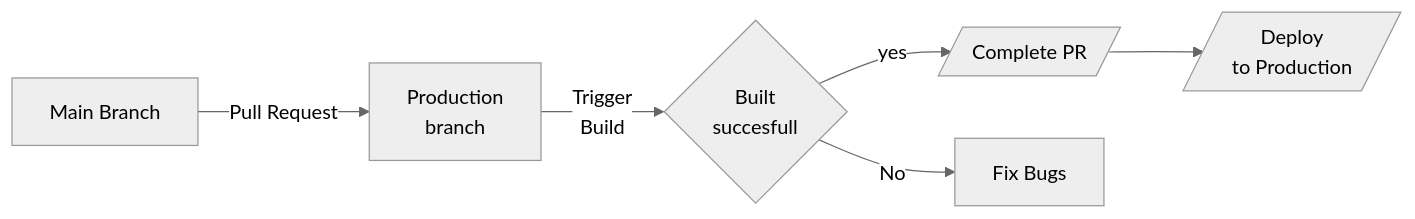
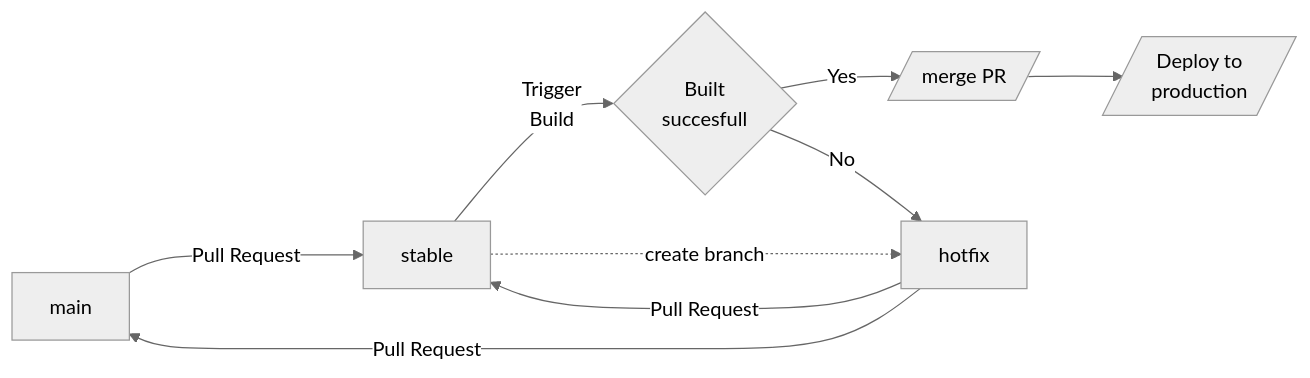
One commit to Mauwii/django_devops changed the third of 4 diagrams in docs/workflow/1-repository.md. Above: the diagram before and after it, drawn with Mermaid (neutral theme). The commit also changed other lines of this file and 14 other files, not shown here.

````diff
--- a/docs/workflow/1-repository.md
+++ b/docs/workflow/1-repository.md
@@ -62,8 +56,10 @@
-```mermaid
+``` mermaid
 graph LR
-    MainBranch[Main Branch] -- Pull Request --> ProductionBranch;
-    ProductionBranch[Production<br>branch] -- Trigger<br>Build --> CheckPrProduction{Built<br>succesfull};
-    CheckPrProduction -- yes --> CompleteMergeProduction[/Complete PR/];
-    CompleteMergeProduction --> DeployProduction[/Deploy<br>to Production/];
-    CheckPrProduction -- No --> TryFixBugsProduction[Fix Bugs];
+  main -- Pull Request ---> stable;
+  stable -- Trigger<br>Build --> validateBuild{Built<br>succesfull};
+  stable -. create branch .-> hotfix;
+  validateBuild -- Yes --> completePr[/merge PR/];
+  completePr --> deployStable[/Deploy to<br>production/];
+  validateBuild -- No --> hotfix;
+  hotfix -- Pull Request--> main & stable;
 ```
````
